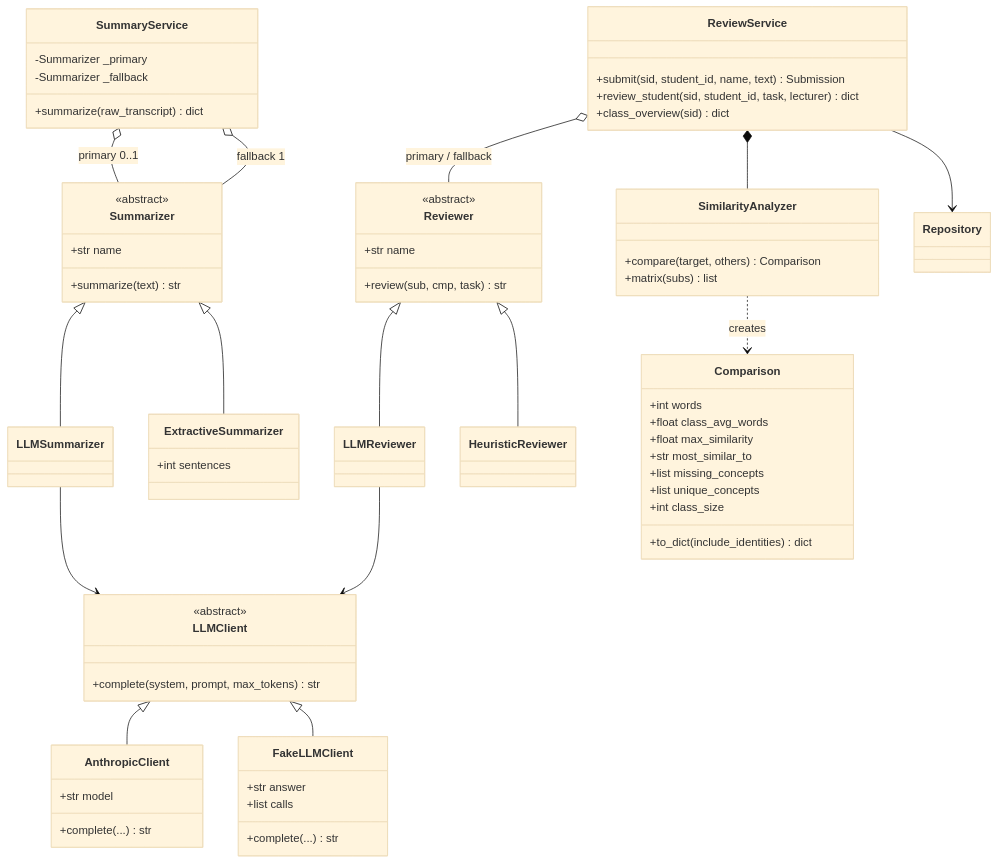
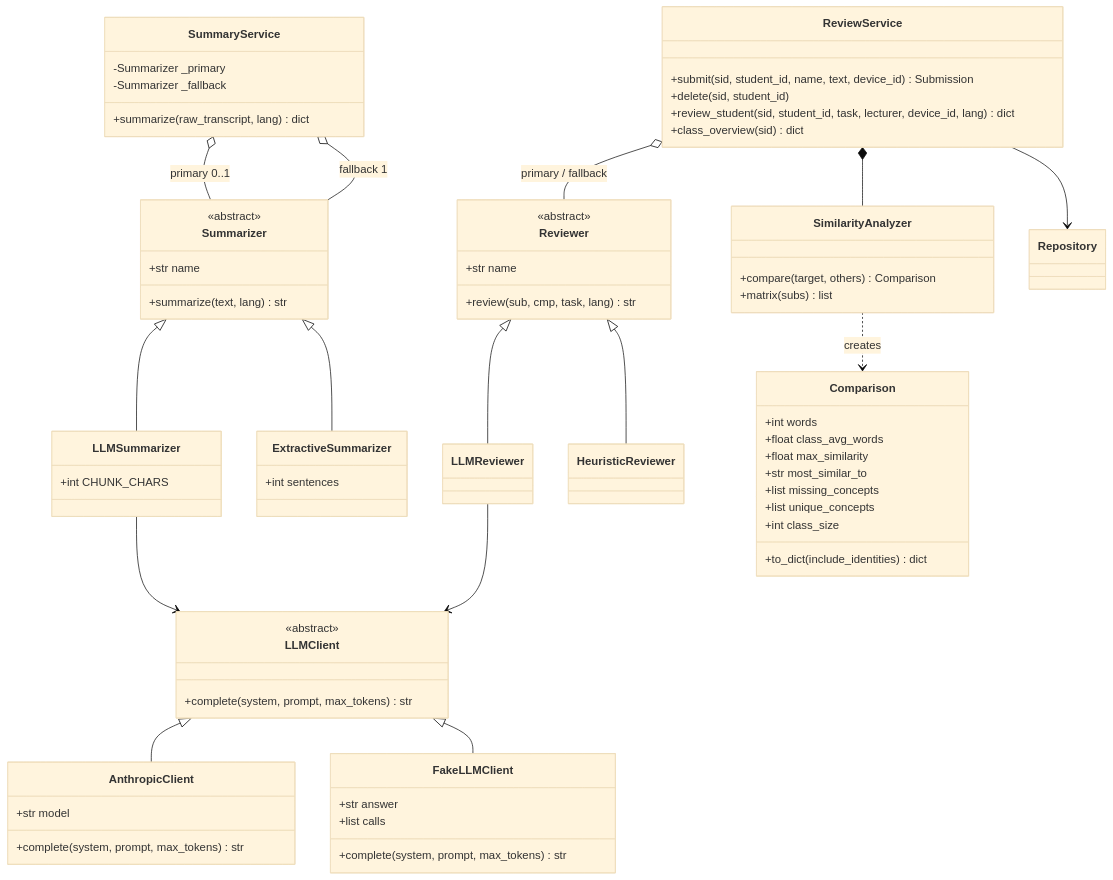
The fourth of 5 diagrams in docs/06-class-diagrams.md (roneliyahu2001/oop-ex2-classpulse), drawn with Mermaid (base theme) before and after one commit. The commit also changed other lines of this file and 47 other files, not shown here.

````diff
--- a/docs/06-class-diagrams.md
+++ b/docs/06-class-diagrams.md
@@ -161,74 +240,78 @@
 ```mermaid
 classDiagram
   class LLMClient {
     <<abstract>>
     +complete(system, prompt, max_tokens) str
   }
   class AnthropicClient {
     +str model
-    +complete(...) str
+    +complete(system, prompt, max_tokens) str
   }
   class FakeLLMClient {
     +str answer
     +list calls
-    +complete(...) str
+    +complete(system, prompt, max_tokens) str
   }
   LLMClient <|-- AnthropicClient
   LLMClient <|-- FakeLLMClient
 
   class Summarizer {
     <<abstract>>
     +str name
-    +summarize(text) str
+    +summarize(text, lang) str
   }
-  class LLMSummarizer
+  class LLMSummarizer {
+    +int CHUNK_CHARS
+  }
   class ExtractiveSummarizer {
     +int sentences
   }
   Summarizer <|-- LLMSummarizer
   Summarizer <|-- ExtractiveSummarizer
   LLMSummarizer --> LLMClient
 
   class SummaryService {
     -Summarizer _primary
     -Summarizer _fallback
-    +summarize(raw_transcript) dict
+    +summarize(raw_transcript, lang) dict
   }
   SummaryService o-- Summarizer : primary 0..1
   SummaryService o-- Summarizer : fallback 1
 
   class Reviewer {
     <<abstract>>
     +str name
-    +review(sub, cmp, task) str
+    +review(sub, cmp, task, lang) str
   }
   class LLMReviewer
   class HeuristicReviewer
   Reviewer <|-- LLMReviewer
   Reviewer <|-- HeuristicReviewer
   LLMReviewer --> LLMClient
 
   class SimilarityAnalyzer {
     +compare(target, others) Comparison
     +matrix(subs) list
   }
   class Comparison {
     +int words
     +float class_avg_words
     +float max_similarity
     +str most_similar_to
     +list missing_concepts
     +list unique_concepts
     +int class_size
     +to_dict(include_identities) dict
   }
   class ReviewService {
-    +submit(sid, student_id, name, text) Submission
-    +review_student(sid, student_id, task, lecturer) dict
+    +submit(sid, student_id, name, text, device_id) Submission
+    +delete(sid, student_id)
+    +review_student(sid, student_id, task, lecturer, device_id, lang) dict
     +class_overview(sid) dict
   }
+  class Repository
   ReviewService o-- Reviewer : primary / fallback
   ReviewService *-- SimilarityAnalyzer
   ReviewService --> Repository
   SimilarityAnalyzer ..> Comparison : creates
 ```
````
